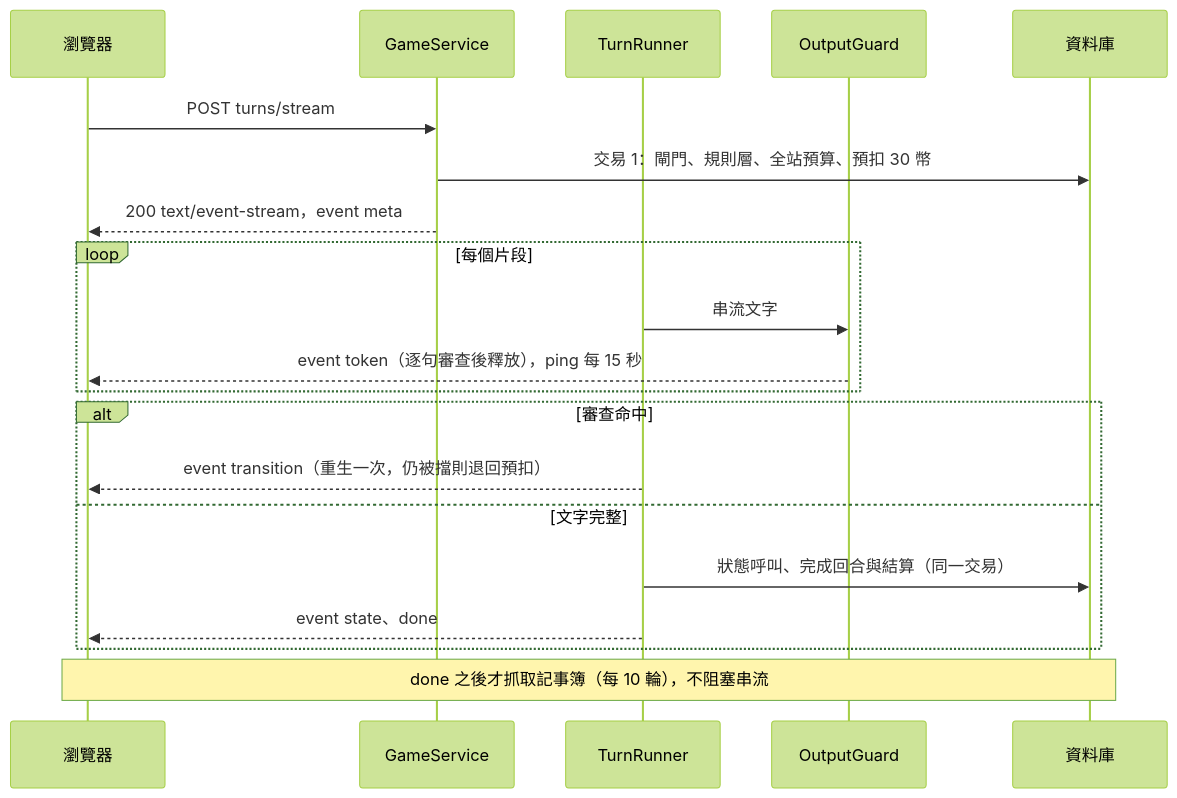
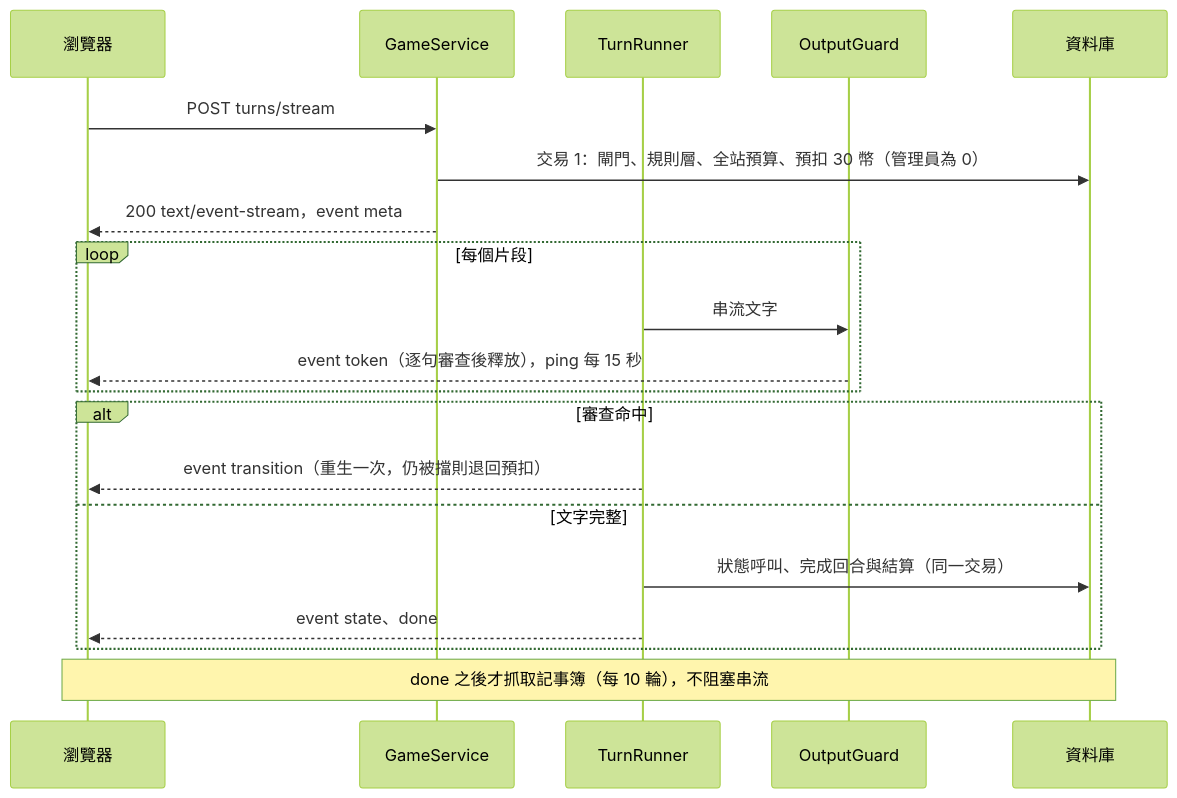
Diagram 13 of 18 in docs/2.0簡報.md (pp466pp466/R.A.C), drawn with Mermaid (forest theme) before and after one commit. The commit also changed other lines of this file and 7 other files, not shown here.

First line of the commit message:
簡報與圖解：admin-unlimited-coins 待封存、adult-only-signup 已封存、數字更新，新增 2.1簡報.pptx

````diff
--- a/docs/2.0簡報.md
+++ b/docs/2.0簡報.md
@@ -618,22 +618,22 @@
 ```mermaid
 sequenceDiagram
     participant C as 瀏覽器
     participant G as GameService
     participant R as TurnRunner
     participant O as OutputGuard
     participant D as 資料庫
     C->>G: POST turns/stream
-    G->>D: 交易 1：閘門、規則層、全站預算、預扣 30 幣
+    G->>D: 交易 1：閘門、規則層、全站預算、預扣 30 幣（管理員為 0）
     G-->>C: 200 text/event-stream，event meta
     loop 每個片段
         R->>O: 串流文字
         O-->>C: event token（逐句審查後釋放），ping 每 15 秒
     end
     alt 審查命中
         R-->>C: event transition（重生一次，仍被擋則退回預扣）
     else 文字完整
         R->>D: 狀態呼叫、完成回合與結算（同一交易）
         R-->>C: event state、done
     end
     Note over C,D: done 之後才抓取記事簿（每 10 輪），不阻塞串流
 ```
````
